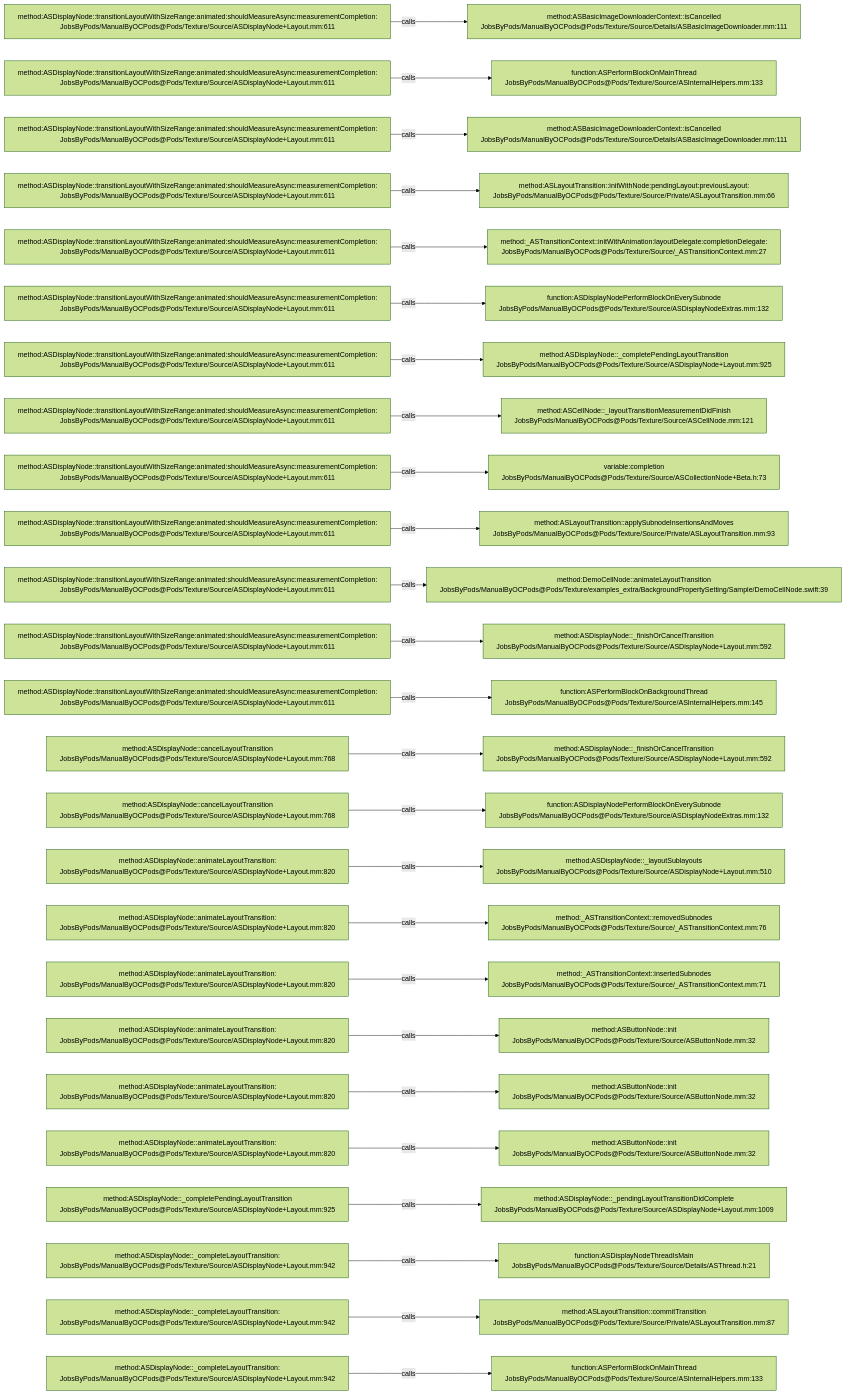
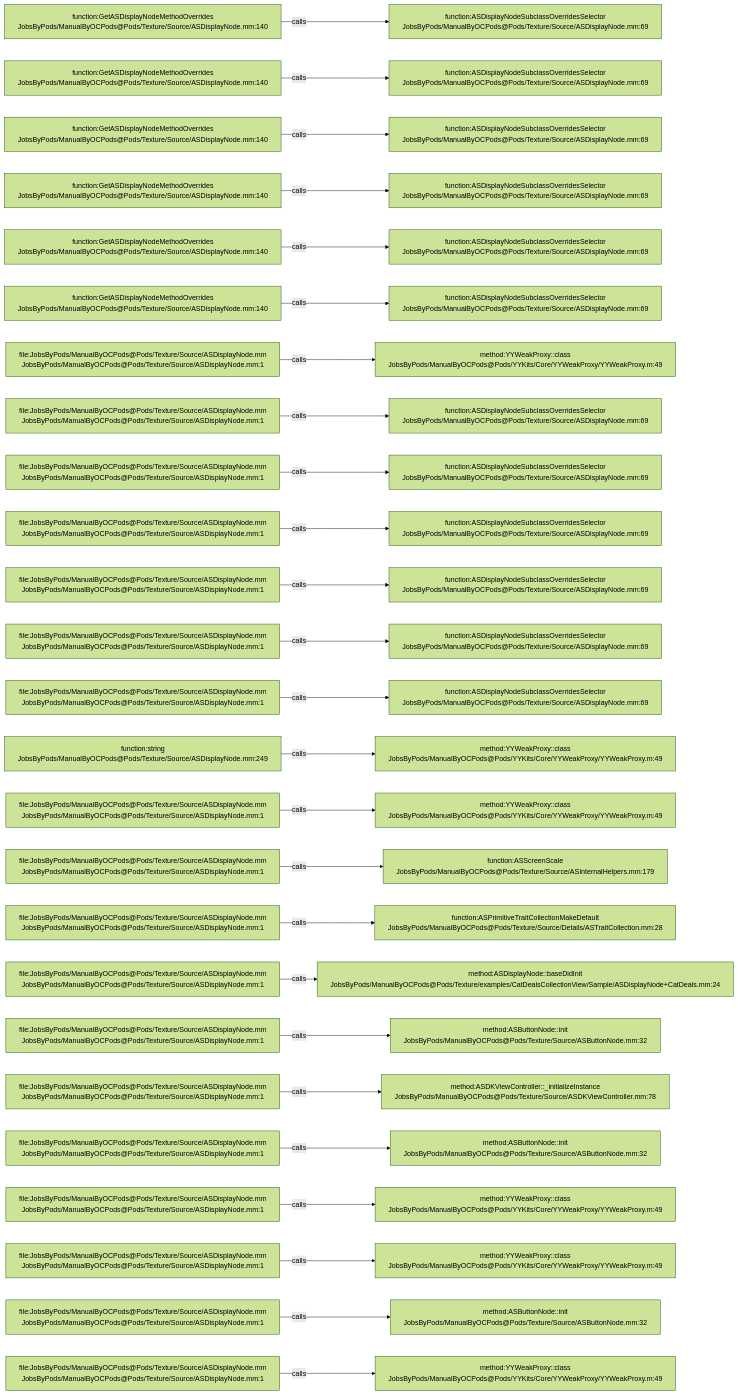
Before and after one commit to JobsKits/JobsOCBaseConfigDemo: the diagram in .codegraph/codegraph.md/graphs/calls-094.md, drawn with Mermaid (forest theme). The commit also changed 1353 other files, not shown here.

````diff
--- a/.codegraph/codegraph.md/graphs/calls-094.md
+++ b/.codegraph/codegraph.md/graphs/calls-094.md
@@ -13,78 +13,78 @@
 ```mermaid
 flowchart LR
-  S1["method:ASDisplayNode::transitionLayoutWithSizeRange:animated:shouldMeasureAsync:measurementCompletion:<br/>JobsByPods/ManualByOCPods@Pods/Texture/Source/ASDisplayNode+Layout.mm:611"]
-  T1["method:ASBasicImageDownloaderContext::isCancelled<br/>JobsByPods/ManualByOCPods@Pods/Texture/Source/Details/ASBasicImageDownloader.mm:111"]
+  S1["function:GetASDisplayNodeMethodOverrides<br/>JobsByPods/ManualByOCPods@Pods/Texture/Source/ASDisplayNode.mm:140"]
+  T1["function:ASDisplayNodeSubclassOverridesSelector<br/>JobsByPods/ManualByOCPods@Pods/Texture/Source/ASDisplayNode.mm:69"]
   S1 -->|calls| T1
-  S2["method:ASDisplayNode::transitionLayoutWithSizeRange:animated:shouldMeasureAsync:measurementCompletion:<br/>JobsByPods/ManualByOCPods@Pods/Texture/Source/ASDisplayNode+Layout.mm:611"]
-  T2["function:ASPerformBlockOnMainThread<br/>JobsByPods/ManualByOCPods@Pods/Texture/Source/ASInternalHelpers.mm:133"]
+  S2["function:GetASDisplayNodeMethodOverrides<br/>JobsByPods/ManualByOCPods@Pods/Texture/Source/ASDisplayNode.mm:140"]
+  T2["function:ASDisplayNodeSubclassOverridesSelector<br/>JobsByPods/ManualByOCPods@Pods/Texture/Source/ASDisplayNode.mm:69"]
   S2 -->|calls| T2
-  S3["method:ASDisplayNode::transitionLayoutWithSizeRange:animated:shouldMeasureAsync:measurementCompletion:<br/>JobsByPods/ManualByOCPods@Pods/Texture/Source/ASDisplayNode+Layout.mm:611"]
-  T3["method:ASBasicImageDownloaderContext::isCancelled<br/>JobsByPods/ManualByOCPods@Pods/Texture/Source/Details/ASBasicImageDownloader.mm:111"]
+  S3["function:GetASDisplayNodeMethodOverrides<br/>JobsByPods/ManualByOCPods@Pods/Texture/Source/ASDisplayNode.mm:140"]
+  T3["function:ASDisplayNodeSubclassOverridesSelector<br/>JobsByPods/ManualByOCPods@Pods/Texture/Source/ASDisplayNode.mm:69"]
   S3 -->|calls| T3
-  S4["method:ASDisplayNode::transitionLayoutWithSizeRange:animated:shouldMeasureAsync:measurementCompletion:<br/>JobsByPods/ManualByOCPods@Pods/Texture/Source/ASDisplayNode+Layout.mm:611"]
-  T4["method:ASLayoutTransition::initWithNode:pendingLayout:previousLayout:<br/>JobsByPods/ManualByOCPods@Pods/Texture/Source/Private/ASLayoutTransition.mm:66"]
+  S4["function:GetASDisplayNodeMethodOverrides<br/>JobsByPods/ManualByOCPods@Pods/Texture/Source/ASDisplayNode.mm:140"]
+  T4["function:ASDisplayNodeSubclassOverridesSelector<br/>JobsByPods/ManualByOCPods@Pods/Texture/Source/ASDisplayNode.mm:69"]
   S4 -->|calls| T4
-  S5["method:ASDisplayNode::transitionLayoutWithSizeRange:animated:shouldMeasureAsync:measurementCompletion:<br/>JobsByPods/ManualByOCPods@Pods/Texture/Source/ASDisplayNode+Layout.mm:611"]
-  T5["method:_ASTransitionContext::initWithAnimation:layoutDelegate:completionDelegate:<br/>JobsByPods/ManualByOCPods@Pods/Texture/Source/_ASTransitionContext.mm:27"]
+  S5["function:GetASDisplayNodeMethodOverrides<br/>JobsByPods/ManualByOCPods@Pods/Texture/Source/ASDisplayNode.mm:140"]
+  T5["function:ASDisplayNodeSubclassOverridesSelector<br/>JobsByPods/ManualByOCPods@Pods/Texture/Source/ASDisplayNode.mm:69"]
   S5 -->|calls| T5
-  S6["method:ASDisplayNode::transitionLayoutWithSizeRange:animated:shouldMeasureAsync:measurementCompletion:<br/>JobsByPods/ManualByOCPods@Pods/Texture/Source/ASDisplayNode+Layout.mm:611"]
-  T6["function:ASDisplayNodePerformBlockOnEverySubnode<br/>JobsByPods/ManualByOCPods@Pods/Texture/Source/ASDisplayNodeExtras.mm:132"]
+  S6["function:GetASDisplayNodeMethodOverrides<br/>JobsByPods/ManualByOCPods@Pods/Texture/Source/ASDisplayNode.mm:140"]
+  T6["function:ASDisplayNodeSubclassOverridesSelector<br/>JobsByPods/ManualByOCPods@Pods/Texture/Source/ASDisplayNode.mm:69"]
   S6 -->|calls| T6
-  S7["method:ASDisplayNode::transitionLayoutWithSizeRange:animated:shouldMeasureAsync:measurementCompletion:<br/>JobsByPods/ManualByOCPods@Pods/Texture/Source/ASDisplayNode+Layout.mm:611"]
-  T7["method:ASDisplayNode::_completePendingLayoutTransition<br/>JobsByPods/ManualByOCPods@Pods/Texture/Source/ASDisplayNode+Layout.mm:925"]
+  S7["file:JobsByPods/ManualByOCPods@Pods/Texture/Source/ASDisplayNode.mm<br/>JobsByPods/ManualByOCPods@Pods/Texture/Source/ASDisplayNode.mm:1"]
+  T7["method:YYWeakProxy::class<br/>JobsByPods/ManualByOCPods@Pods/YYKits/Core/YYWeakProxy/YYWeakProxy.m:49"]
   S7 -->|calls| T7
-  S8["method:ASDisplayNode::transitionLayoutWithSizeRange:animated:shouldMeasureAsync:measurementCompletion:<br/>JobsByPods/ManualByOCPods@Pods/Texture/Source/ASDisplayNode+Layout.mm:611"]
-  T8["method:ASCellNode::_layoutTransitionMeasurementDidFinish<br/>JobsByPods/ManualByOCPods@Pods/Texture/Source/ASCellNode.mm:121"]
+  S8["file:JobsByPods/ManualByOCPods@Pods/Texture/Source/ASDisplayNode.mm<br/>JobsByPods/ManualByOCPods@Pods/Texture/Source/ASDisplayNode.mm:1"]
+  T8["function:ASDisplayNodeSubclassOverridesSelector<br/>JobsByPods/ManualByOCPods@Pods/Texture/Source/ASDisplayNode.mm:69"]
   S8 -->|calls| T8
-  S9["method:ASDisplayNode::transitionLayoutWithSizeRange:animated:shouldMeasureAsync:measurementCompletion:<br/>JobsByPods/ManualByOCPods@Pods/Texture/Source/ASDisplayNode+Layout.mm:611"]
-  T9["variable:completion<br/>JobsByPods/ManualByOCPods@Pods/Texture/Source/ASCollectionNode+Beta.h:73"]
+  S9["file:JobsByPods/ManualByOCPods@Pods/Texture/Source/ASDisplayNode.mm<br/>JobsByPods/ManualByOCPods@Pods/Texture/Source/ASDisplayNode.mm:1"]
+  T9["function:ASDisplayNodeSubclassOverridesSelector<br/>JobsByPods/ManualByOCPods@Pods/Texture/Source/ASDisplayNode.mm:69"]
   S9 -->|calls| T9
-  S10["method:ASDisplayNode::transitionLayoutWithSizeRange:animated:shouldMeasureAsync:measurementCompletion:<br/>JobsByPods/ManualByOCPods@Pods/Texture/Source/ASDisplayNode+Layout.mm:611"]
-  T10["method:ASLayoutTransition::applySubnodeInsertionsAndMoves<br/>JobsByPods/ManualByOCPods@Pods/Texture/Source/Private/ASLayoutTransition.mm:93"]
+  S10["file:JobsByPods/ManualByOCPods@Pods/Texture/Source/ASDisplayNode.mm<br/>JobsByPods/ManualByOCPods@Pods/Texture/Source/ASDisplayNode.mm:1"]
+  T10["function:ASDisplayNodeSubclassOverridesSelector<br/>JobsByPods/ManualByOCPods@Pods/Texture/Source/ASDisplayNode.mm:69"]
   S10 -->|calls| T10
-  S11["method:ASDisplayNode::transitionLayoutWithSizeRange:animated:shouldMeasureAsync:measurementCompletion:<br/>JobsByPods/ManualByOCPods@Pods/Texture/Source/ASDisplayNode+Layout.mm:611"]
-  T11["method:DemoCellNode::animateLayoutTransition<br/>JobsByPods/ManualByOCPods@Pods/Texture/examples_extra/BackgroundPropertySetting/Sample/DemoCellNode.swift:39"]
+  S11["file:JobsByPods/ManualByOCPods@Pods/Texture/Source/ASDisplayNode.mm<br/>JobsByPods/ManualByOCPods@Pods/Texture/Source/ASDisplayNode.mm:1"]
+  T11["function:ASDisplayNodeSubclassOverridesSelector<br/>JobsByPods/ManualByOCPods@Pods/Texture/Source/ASDisplayNode.mm:69"]
   S11 -->|calls| T11
-  S12["method:ASDisplayNode::transitionLayoutWithSizeRange:animated:shouldMeasureAsync:measurementCompletion:<br/>JobsByPods/ManualByOCPods@Pods/Texture/Source/ASDisplayNode+Layout.mm:611"]
-  T12["method:ASDisplayNode::_finishOrCancelTransition<br/>JobsByPods/ManualByOCPods@Pods/Texture/Source/ASDisplayNode+Layout.mm:592"]
+  S12["file:JobsByPods/ManualByOCPods@Pods/Texture/Source/ASDisplayNode.mm<br/>JobsByPods/ManualByOCPods@Pods/Texture/Source/ASDisplayNode.mm:1"]
+  T12["function:ASDisplayNodeSubclassOverridesSelector<br/>JobsByPods/ManualByOCPods@Pods/Texture/Source/ASDisplayNode.mm:69"]
   S12 -->|calls| T12
-  S13["method:ASDisplayNode::transitionLayoutWithSizeRange:animated:shouldMeasureAsync:measurementCompletion:<br/>JobsByPods/ManualByOCPods@Pods/Texture/Source/ASDisplayNode+Layout.mm:611"]
-  T13["function:ASPerformBlockOnBackgroundThread<br/>JobsByPods/ManualByOCPods@Pods/Texture/Source/ASInternalHelpers.mm:145"]
+  S13["file:JobsByPods/ManualByOCPods@Pods/Texture/Source/ASDisplayNode.mm<br/>JobsByPods/ManualByOCPods@Pods/Texture/Source/ASDisplayNode.mm:1"]
+  T13["function:ASDisplayNodeSubclassOverridesSelector<br/>JobsByPods/ManualByOCPods@Pods/Texture/Source/ASDisplayNode.mm:69"]
   S13 -->|calls| T13
-  S14["method:ASDisplayNode::cancelLayoutTransition<br/>JobsByPods/ManualByOCPods@Pods/Texture/Source/ASDisplayNode+Layout.mm:768"]
-  T14["method:ASDisplayNode::_finishOrCancelTransition<br/>JobsByPods/ManualByOCPods@Pods/Texture/Source/ASDisplayNode+Layout.mm:592"]
+  S14["function:string<br/>JobsByPods/ManualByOCPods@Pods/Texture/Source/ASDisplayNode.mm:249"]
+  T14["method:YYWeakProxy::class<br/>JobsByPods/ManualByOCPods@Pods/YYKits/Core/YYWeakProxy/YYWeakProxy.m:49"]
   S14 -->|calls| T14
-  S15["method:ASDisplayNode::cancelLayoutTransition<br/>JobsByPods/ManualByOCPods@Pods/Texture/Source/ASDisplayNode+Layout.mm:768"]
-  T15["function:ASDisplayNodePerformBlockOnEverySubnode<br/>JobsByPods/ManualByOCPods@Pods/Texture/Source/ASDisplayNodeExtras.mm:132"]
+  S15["file:JobsByPods/ManualByOCPods@Pods/Texture/Source/ASDisplayNode.mm<br/>JobsByPods/ManualByOCPods@Pods/Texture/Source/ASDisplayNode.mm:1"]
+  T15["method:YYWeakProxy::class<br/>JobsByPods/ManualByOCPods@Pods/YYKits/Core/YYWeakProxy/YYWeakProxy.m:49"]
   S15 -->|calls| T15
-  S16["method:ASDisplayNode::animateLayoutTransition:<br/>JobsByPods/ManualByOCPods@Pods/Texture/Source/ASDisplayNode+Layout.mm:820"]
-  T16["method:ASDisplayNode::_layoutSublayouts<br/>JobsByPods/ManualByOCPods@Pods/Texture/Source/ASDisplayNode+Layout.mm:510"]
+  S16["file:JobsByPods/ManualByOCPods@Pods/Texture/Source/ASDisplayNode.mm<br/>JobsByPods/ManualByOCPods@Pods/Texture/Source/ASDisplayNode.mm:1"]
+  T16["function:ASScreenScale<br/>JobsByPods/ManualByOCPods@Pods/Texture/Source/ASInternalHelpers.mm:179"]
   S16 -->|calls| T16
-  S17["method:ASDisplayNode::animateLayoutTransition:<br/>JobsByPods/ManualByOCPods@Pods/Texture/Source/ASDisplayNode+Layout.mm:820"]
-  T17["method:_ASTransitionContext::removedSubnodes<br/>JobsByPods/ManualByOCPods@Pods/Texture/Source/_ASTransitionContext.mm:76"]
+  S17["file:JobsByPods/ManualByOCPods@Pods/Texture/Source/ASDisplayNode.mm<br/>JobsByPods/ManualByOCPods@Pods/Texture/Source/ASDisplayNode.mm:1"]
+  T17["function:ASPrimitiveTraitCollectionMakeDefault<br/>JobsByPods/ManualByOCPods@Pods/Texture/Source/Details/ASTraitCollection.mm:28"]
   S17 -->|calls| T17
-  S18["method:ASDisplayNode::animateLayoutTransition:<br/>JobsByPods/ManualByOCPods@Pods/Texture/Source/ASDisplayNode+Layout.mm:820"]
-  T18["method:_ASTransitionContext::insertedSubnodes<br/>JobsByPods/ManualByOCPods@Pods/Texture/Source/_ASTransitionContext.mm:71"]
+  S18["file:JobsByPods/ManualByOCPods@Pods/Texture/Source/ASDisplayNode.mm<br/>JobsByPods/ManualByOCPods@Pods/Texture/Source/ASDisplayNode.mm:1"]
+  T18["method:ASDisplayNode::baseDidInit<br/>JobsByPods/ManualByOCPods@Pods/Texture/examples/CatDealsCollectionView/Sample/ASDisplayNode+CatDeals.mm:24"]
   S18 -->|calls| T18
-  S19["method:ASDisplayNode::animateLayoutTransition:<br/>JobsByPods/ManualByOCPods@Pods/Texture/Source/ASDisplayNode+Layout.mm:820"]
+  S19["file:JobsByPods/ManualByOCPods@Pods/Texture/Source/ASDisplayNode.mm<br/>JobsByPods/ManualByOCPods@Pods/Texture/Source/ASDisplayNode.mm:1"]
   T19["method:ASButtonNode::init<br/>JobsByPods/ManualByOCPods@Pods/Texture/Source/ASButtonNode.mm:32"]
   S19 -->|calls| T19
-  S20["method:ASDisplayNode::animateLayoutTransition:<br/>JobsByPods/ManualByOCPods@Pods/Texture/Source/ASDisplayNode+Layout.mm:820"]
-  T20["method:ASButtonNode::init<br/>JobsByPods/ManualByOCPods@Pods/Texture/Source/ASButtonNode.mm:32"]
+  S20["file:JobsByPods/ManualByOCPods@Pods/Texture/Source/ASDisplayNode.mm<br/>JobsByPods/ManualByOCPods@Pods/Texture/Source/ASDisplayNode.mm:1"]
+  T20["method:ASDKViewController::_initializeInstance<br/>JobsByPods/ManualByOCPods@Pods/Texture/Source/ASDKViewController.mm:78"]
   S20 -->|calls| T20
-  S21["method:ASDisplayNode::animateLayoutTransition:<br/>JobsByPods/ManualByOCPods@Pods/Texture/Source/ASDisplayNode+Layout.mm:820"]
+  S21["file:JobsByPods/ManualByOCPods@Pods/Texture/Source/ASDisplayNode.mm<br/>JobsByPods/ManualByOCPods@Pods/Texture/Source/ASDisplayNode.mm:1"]
   T21["method:ASButtonNode::init<br/>JobsByPods/ManualByOCPods@Pods/Texture/Source/ASButtonNode.mm:32"]
   S21 -->|calls| T21
-  S22["method:ASDisplayNode::_completePendingLayoutTransition<br/>JobsByPods/ManualByOCPods@Pods/Texture/Source/ASDisplayNode+Layout.mm:925"]
-  T22["method:ASDisplayNode::_pendingLayoutTransitionDidComplete<br/>JobsByPods/ManualByOCPods@Pods/Texture/Source/ASDisplayNode+Layout.mm:1009"]
+  S22["file:JobsByPods/ManualByOCPods@Pods/Texture/Source/ASDisplayNode.mm<br/>JobsByPods/ManualByOCPods@Pods/Texture/Source/ASDisplayNode.mm:1"]
+  T22["method:YYWeakProxy::class<br/>JobsByPods/ManualByOCPods@Pods/YYKits/Core/YYWeakProxy/YYWeakProxy.m:49"]
   S22 -->|calls| T22
-  S23["method:ASDisplayNode::_completeLayoutTransition:<br/>JobsByPods/ManualByOCPods@Pods/Texture/Source/ASDisplayNode+Layout.mm:942"]
-  T23["function:ASDisplayNodeThreadIsMain<br/>JobsByPods/ManualByOCPods@Pods/Texture/Source/Details/ASThread.h:21"]
+  S23["file:JobsByPods/ManualByOCPods@Pods/Texture/Source/ASDisplayNode.mm<br/>JobsByPods/ManualByOCPods@Pods/Texture/Source/ASDisplayNode.mm:1"]
+  T23["method:YYWeakProxy::class<br/>JobsByPods/ManualByOCPods@Pods/YYKits/Core/YYWeakProxy/YYWeakProxy.m:49"]
   S23 -->|calls| T23
-  S24["method:ASDisplayNode::_completeLayoutTransition:<br/>JobsByPods/ManualByOCPods@Pods/Texture/Source/ASDisplayNode+Layout.mm:942"]
-  T24["method:ASLayoutTransition::commitTransition<br/>JobsByPods/ManualByOCPods@Pods/Texture/Source/Private/ASLayoutTransition.mm:87"]
+  S24["file:JobsByPods/ManualByOCPods@Pods/Texture/Source/ASDisplayNode.mm<br/>JobsByPods/ManualByOCPods@Pods/Texture/Source/ASDisplayNode.mm:1"]
+  T24["method:ASButtonNode::init<br/>JobsByPods/ManualByOCPods@Pods/Texture/Source/ASButtonNode.mm:32"]
   S24 -->|calls| T24
-  S25["method:ASDisplayNode::_completeLayoutTransition:<br/>JobsByPods/ManualByOCPods@Pods/Texture/Source/ASDisplayNode+Layout.mm:942"]
-  T25["function:ASPerformBlockOnMainThread<br/>JobsByPods/ManualByOCPods@Pods/Texture/Source/ASInternalHelpers.mm:133"]
+  S25["file:JobsByPods/ManualByOCPods@Pods/Texture/Source/ASDisplayNode.mm<br/>JobsByPods/ManualByOCPods@Pods/Texture/Source/ASDisplayNode.mm:1"]
+  T25["method:YYWeakProxy::class<br/>JobsByPods/ManualByOCPods@Pods/YYKits/Core/YYWeakProxy/YYWeakProxy.m:49"]
   S25 -->|calls| T25
 ```
````
